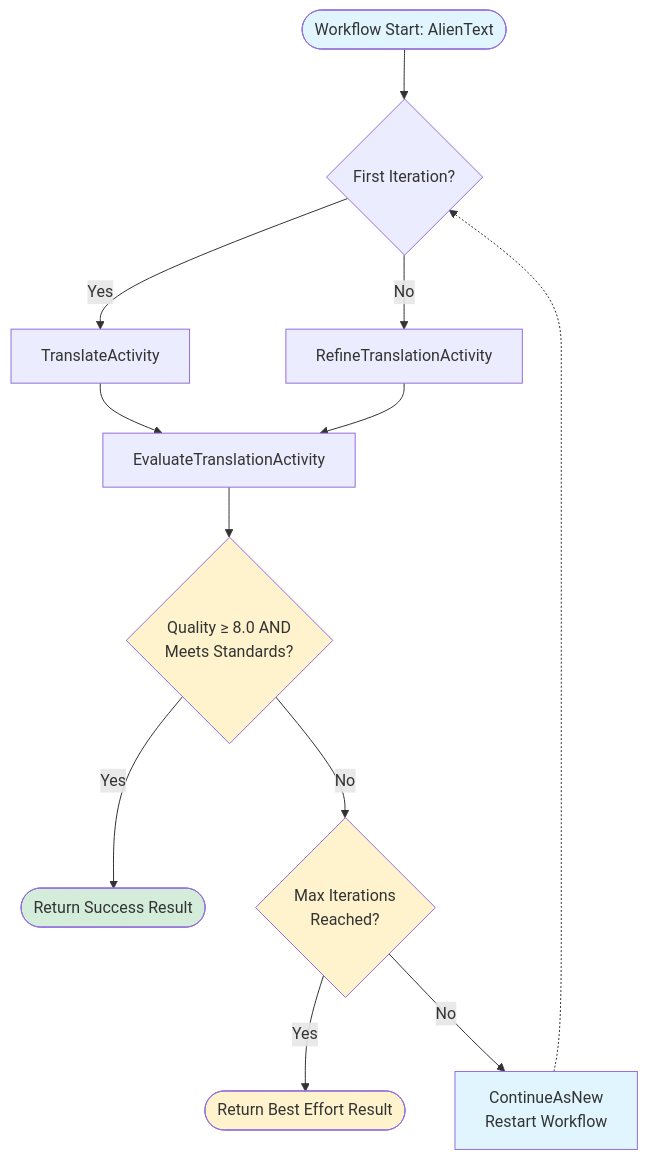
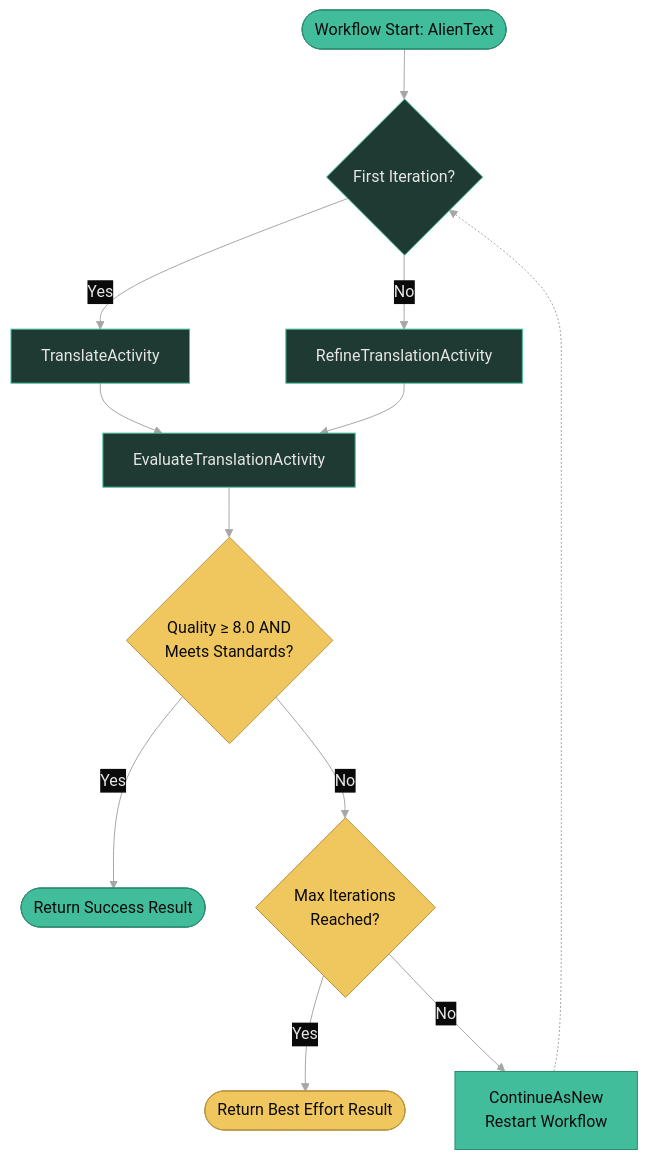
One commit to diagrid-labs/dapr-reliable-agentic-systems changed the diagram in .demo/slides/11-evaluator-optimizer/11-05-demo-diagram.md. Above: the diagram before and after it, drawn with Mermaid. The commit also changed 55 other files, not shown here.

````diff
--- a/.demo/slides/11-evaluator-optimizer/11-05-demo-diagram.md
+++ b/.demo/slides/11-evaluator-optimizer/11-05-demo-diagram.md
@@ -3,21 +3,22 @@
 ```mermaid
+%%{init: {"theme":"base","themeVariables":{"background":"#0a0a0a","primaryColor":"#1f3a32","primaryTextColor":"#e6e6e6","primaryBorderColor":"#41BD9B","lineColor":"#A6A6A6","secondaryColor":"#111315","tertiaryColor":"#111315","clusterBkg":"#111315","clusterBorder":"#41BD9B","titleColor":"#F0C75E","edgeLabelBackground":"#0a0a0a","noteBkgColor":"#111315","noteTextColor":"#e6e6e6","noteBorderColor":"#41BD9B","actorBkg":"#1f3a32","actorBorder":"#41BD9B","actorTextColor":"#e6e6e6","actorLineColor":"#A6A6A6","signalColor":"#A6A6A6","signalTextColor":"#e6e6e6","labelBoxBkgColor":"#0a0a0a","labelBoxBorderColor":"#41BD9B","labelTextColor":"#e6e6e6","loopTextColor":"#e6e6e6","altSectionBkgColor":"#111315","sectionBkgColor":"#111315","fontFamily":"Geist,sans-serif"}}}%%
 graph TD
     Start([Workflow Start: AlienText]) --> Check1{First Iteration?}
     Check1 -->|Yes| A1[TranslateActivity]
     Check1 -->|No| A3[RefineTranslationActivity]
     A1 --> A2[EvaluateTranslationActivity]
     A3 --> A2
     A2 --> Gate1{Quality ≥ 8.0 AND<br/>Meets Standards?}
     Gate1 -->|Yes| Success([Return Success Result])
     Gate1 -->|No| Gate2{Max Iterations<br/>Reached?}
     Gate2 -->|Yes| MaxReached([Return Best Effort Result])
     Gate2 -->|No| Restart[ContinueAsNew<br/>Restart Workflow]
     Restart -.-> Check1
     
-    style Start fill:#e1f5ff
-    style Success fill:#d4edda
-    style MaxReached fill:#fff3cd
-    style Gate1 fill:#fff3cd
-    style Gate2 fill:#fff3cd
-    style Restart fill:#e1f5ff
+    style Start fill:#41BD9B,stroke:#2d8a70,color:#0a0a0a
+    style Success fill:#41BD9B,stroke:#2d8a70,color:#0a0a0a
+    style MaxReached fill:#F0C75E,stroke:#b8943f,color:#0a0a0a
+    style Gate1 fill:#F0C75E,stroke:#b8943f,color:#0a0a0a
+    style Gate2 fill:#F0C75E,stroke:#b8943f,color:#0a0a0a
+    style Restart fill:#41BD9B,stroke:#2d8a70,color:#0a0a0a
 ```
````
